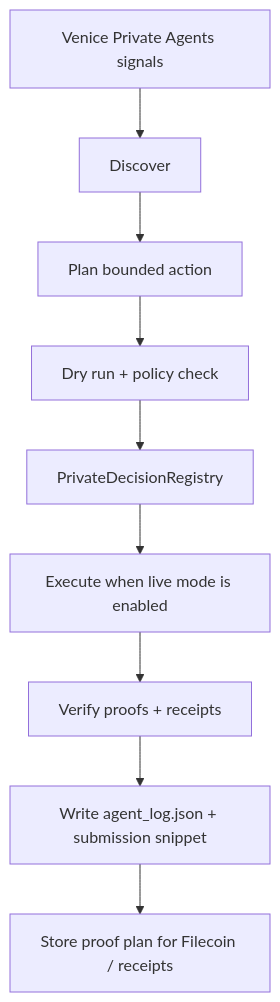
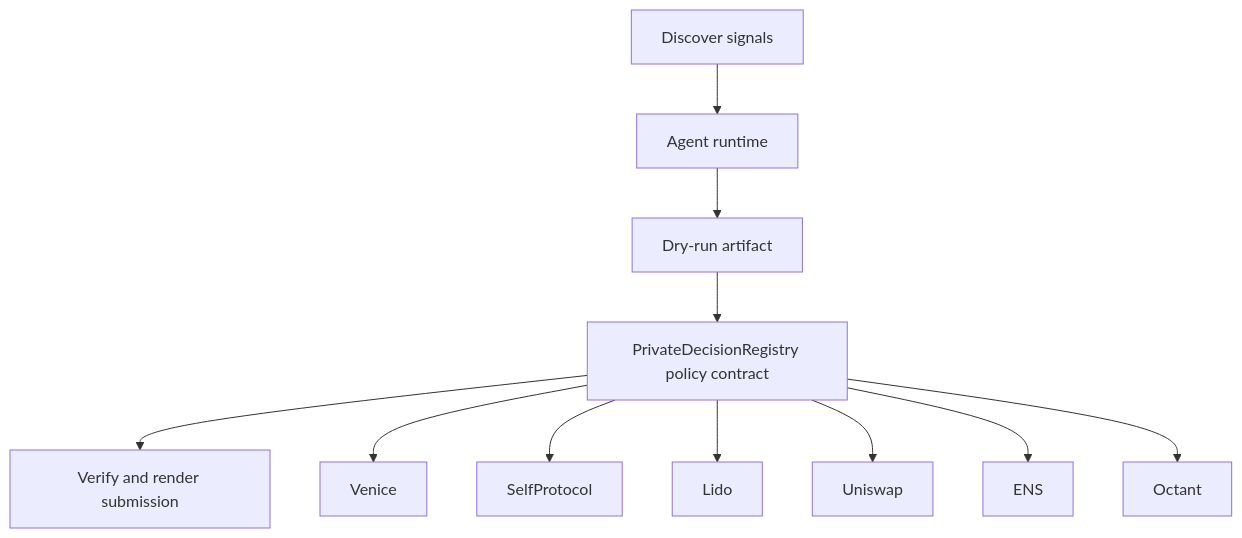
One commit to CrystallineButterfly/Synthesis-Venice-PrivateAgents changed the diagram in docs/architecture.mmd. Above: the diagram before and after it, drawn with Mermaid. The commit also changed 998 other files, not shown here.

Commit message:
Implement bounded agent runtime

```diff
--- a/docs/architecture.mmd
+++ b/docs/architecture.mmd
@@ -1,9 +1,13 @@
 flowchart TD
-    Signals[Venice Private Agents signals] --> Discover[Discover]
-    Discover --> Plan[Plan bounded action]
-    Plan --> DryRun[Dry run + policy check]
-    DryRun --> Guard[PrivateDecisionRegistry]
-    Guard --> Execute[Execute when live mode is enabled]
-    Execute --> Verify[Verify proofs + receipts]
-    Verify --> Persist[Write agent_log.json + submission snippet]
-    Persist --> Storage[Store proof plan for Filecoin / receipts]
+    Signals[Discover signals]
+    Planner[Agent runtime]
+    DryRun[Dry-run artifact]
+    Contract[PrivateDecisionRegistry policy contract]
+    Verify[Verify and render submission]
+    Signals --> Planner --> DryRun --> Contract --> Verify
+    Contract --> venice[Venice]
+    Contract --> selfprotocol[SelfProtocol]
+    Contract --> lido[Lido]
+    Contract --> uniswap[Uniswap]
+    Contract --> ens[ENS]
+    Contract --> octant[Octant]
```
